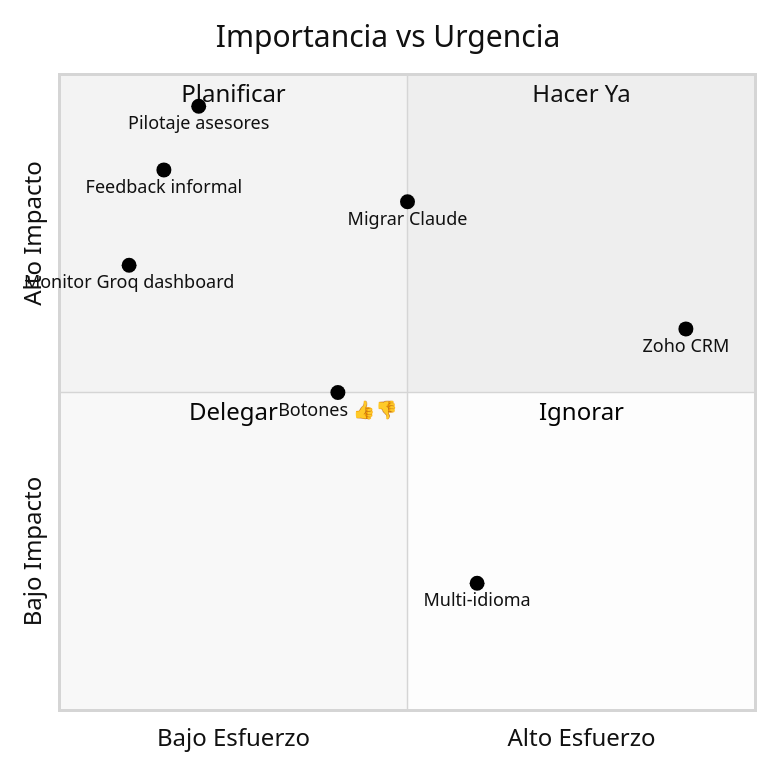
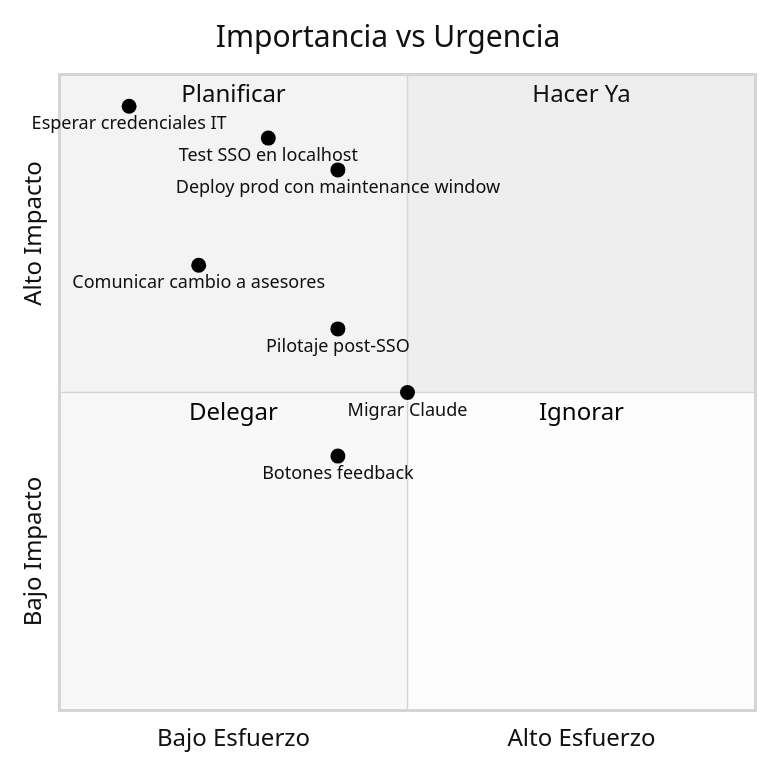
One commit to JnSbstnRivera/WINDMAR-AI-AGENT changed diagram 13 of 14 in ROADMAP.md. Above: the diagram before and after it, drawn with Mermaid (neutral theme). The commit also changed other lines of this file and 48 other files, not shown here.

````diff
--- a/ROADMAP.md
+++ b/ROADMAP.md
@@ -291,18 +325,18 @@
 ```mermaid
 quadrantChart
     title Importancia vs Urgencia
     x-axis Bajo Esfuerzo --> Alto Esfuerzo
     y-axis Bajo Impacto --> Alto Impacto
     quadrant-1 Hacer Ya
     quadrant-2 Planificar
     quadrant-3 Delegar
     quadrant-4 Ignorar
 
-    Pilotaje asesores: [0.2, 0.95]
-    Monitor Groq dashboard: [0.1, 0.7]
-    Feedback informal: [0.15, 0.85]
-    Migrar Claude: [0.5, 0.8]
-    Botones 👍👎: [0.4, 0.5]
-    Zoho CRM: [0.9, 0.6]
-    Multi-idioma: [0.6, 0.2]
+    Esperar credenciales IT: [0.1, 0.95]
+    Test SSO en localhost: [0.3, 0.9]
+    Deploy prod con maintenance window: [0.4, 0.85]
+    Comunicar cambio a asesores: [0.2, 0.7]
+    Pilotaje post-SSO: [0.4, 0.6]
+    Migrar Claude: [0.5, 0.5]
+    Botones feedback: [0.4, 0.4]
 ```
````
